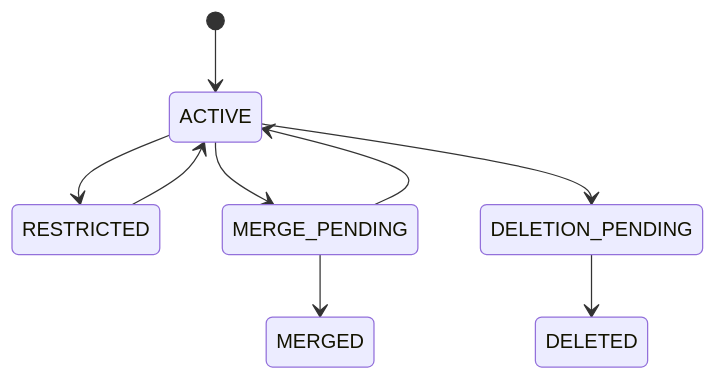
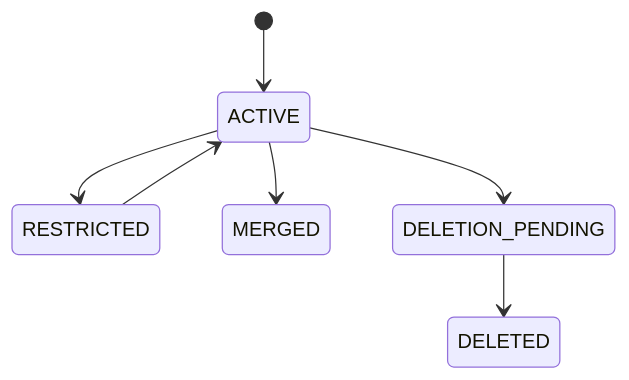
Before and after one commit to D-engahmed/OMILINKS: the third of 3 diagrams in docs/domain/customers.md, drawn with Mermaid. The commit also changed other lines of this file and 3 other files, not shown here.

````diff
--- a/docs/domain/customers.md
+++ b/docs/domain/customers.md
@@ -145,11 +112,9 @@
-```mermaid
+~~~mermaid
 stateDiagram-v2
     [*] --> ACTIVE
     ACTIVE --> RESTRICTED
     RESTRICTED --> ACTIVE
-    ACTIVE --> MERGE_PENDING
-    MERGE_PENDING --> ACTIVE
-    MERGE_PENDING --> MERGED
+    ACTIVE --> MERGED
     ACTIVE --> DELETION_PENDING
     DELETION_PENDING --> DELETED
-```
+~~~
````
